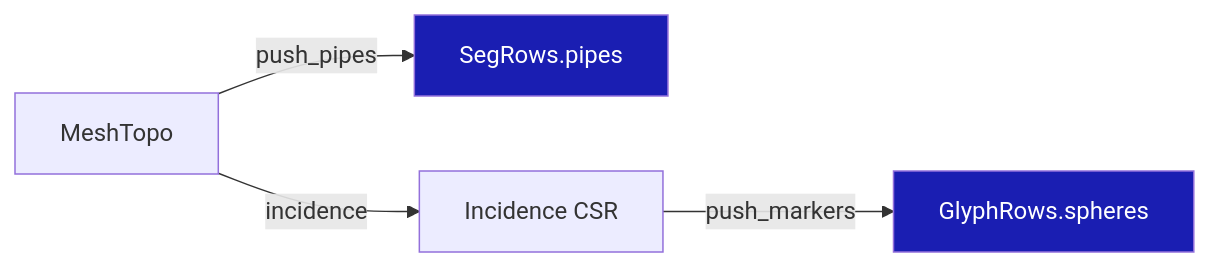
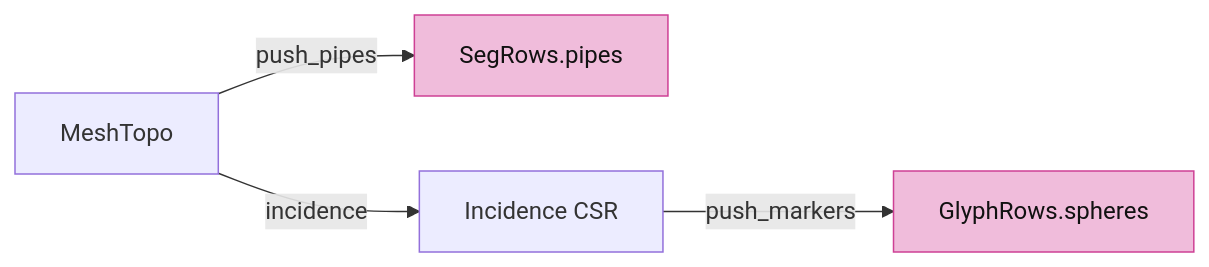
Before and after one commit to petrasvestartas/session: the seventh of 14 diagrams in session_viewer/docs/06-cad-contract.md, drawn with Mermaid. The commit also changed other lines of this file and 23 other files, not shown here.

Commit message:
Course: Mermaid nodes white with black text, highlighted nodes pink, white arrows and edge labels on the black ground

````diff
--- a/session_viewer/docs/06-cad-contract.md
+++ b/session_viewer/docs/06-cad-contract.md
@@ -123,8 +123,8 @@
 ```mermaid
 flowchart LR
     T["MeshTopo"] -- "push_pipes" --> P["SegRows.pipes"]
     T -- "incidence" --> I["Incidence CSR"]
     I -- "push_markers" --> S["GlyphRows.spheres"]
-    style P fill:#1a1eb2,color:#fff
-    style S fill:#1a1eb2,color:#fff
+    style P fill:#f0bcdb,stroke:#ce4095,color:#111
+    style S fill:#f0bcdb,stroke:#ce4095,color:#111
 ```
````
